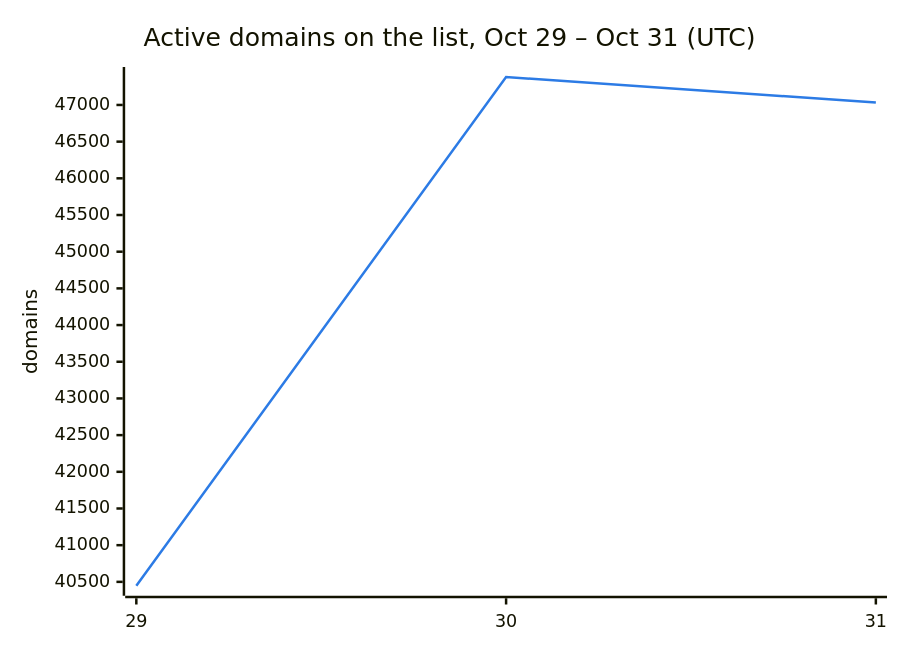
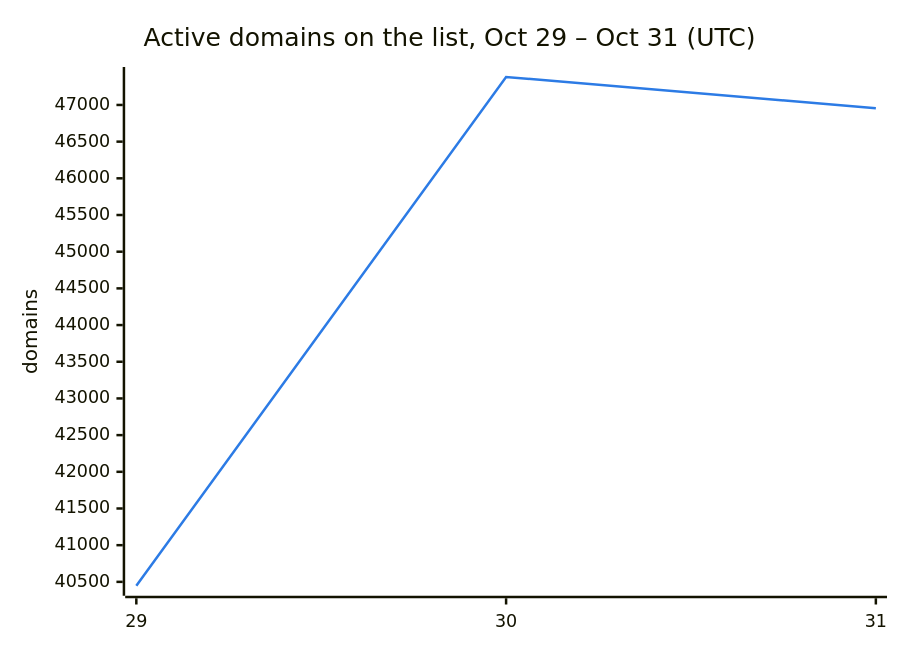
One commit to DNSBunker/CTI changed the second of 3 diagrams in README.md. Above: the diagram before and after it, drawn with Mermaid. The commit also changed other lines of this file and 3 other files, not shown here.

````diff
--- a/README.md
+++ b/README.md
@@ -38,8 +38,8 @@
 ```mermaid
 %%{init: {"themeVariables": {"xyChart": {"plotColorPalette": "#2c7be5"}}}}%%
 xychart-beta
     title "Active domains on the list, Oct 29 – Oct 31 (UTC)"
     x-axis ["29", "30", "31"]
     y-axis "domains"
-    line [40447, 47381, 47033]
+    line [40447, 47381, 46956]
 ```
````
